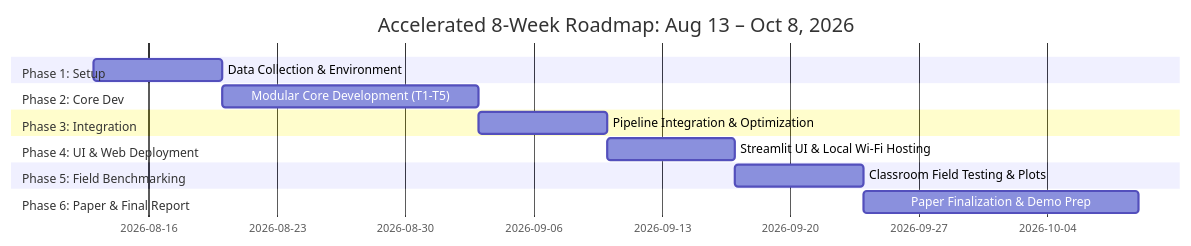
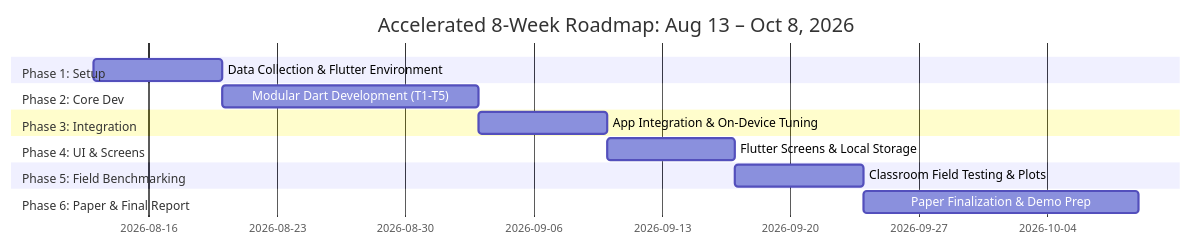
One commit to sanjeevBuilds/ClassRoom changed the diagram in project_roadmap_and_team_assignment.md. Above: the diagram before and after it, drawn with Mermaid. The commit also changed other lines of this file and 65 other files, not shown here.

First line of the commit message:
Flutter/Dart MVP: full pipeline working end-to-end on real device

````diff
--- a/project_roadmap_and_team_assignment.md
+++ b/project_roadmap_and_team_assignment.md
@@ -31,17 +32,17 @@
 ```mermaid
 gantt
     title Accelerated 8-Week Roadmap: Aug 13 – Oct 8, 2026
     dateFormat  YYYY-MM-DD
     section Phase 1: Setup
-    Data Collection & Environment      :2026-08-13, 7d
+    Data Collection & Flutter Environment :2026-08-13, 7d
     section Phase 2: Core Dev
-    Modular Core Development (T1-T5)  :2026-08-20, 14d
+    Modular Dart Development (T1-T5)     :2026-08-20, 14d
     section Phase 3: Integration
-    Pipeline Integration & Optimization:2026-09-03, 7d
-    section Phase 4: UI & Web Deployment
-    Streamlit UI & Local Wi-Fi Hosting :2026-09-10, 7d
+    App Integration & On-Device Tuning   :2026-09-03, 7d
+    section Phase 4: UI & Screens
+    Flutter Screens & Local Storage      :2026-09-10, 7d
     section Phase 5: Field Benchmarking
-    Classroom Field Testing & Plots   :2026-09-17, 7d
+    Classroom Field Testing & Plots      :2026-09-17, 7d
     section Phase 6: Paper & Final Report
-    Paper Finalization & Demo Prep     :2026-09-24, 15d
+    Paper Finalization & Demo Prep       :2026-09-24, 15d
 ```
````
